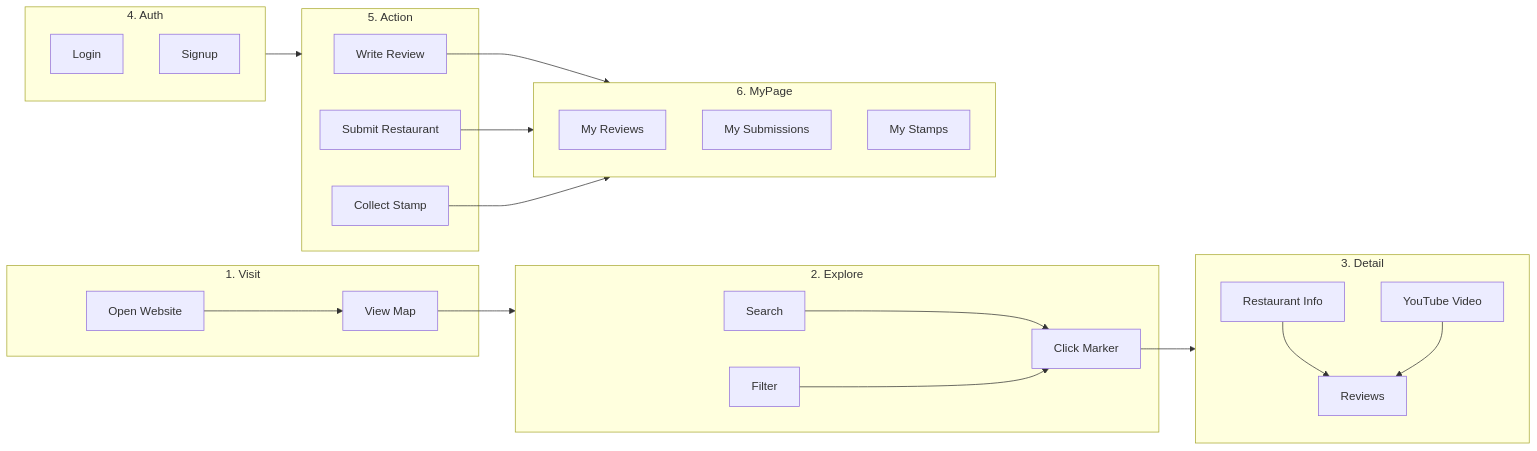
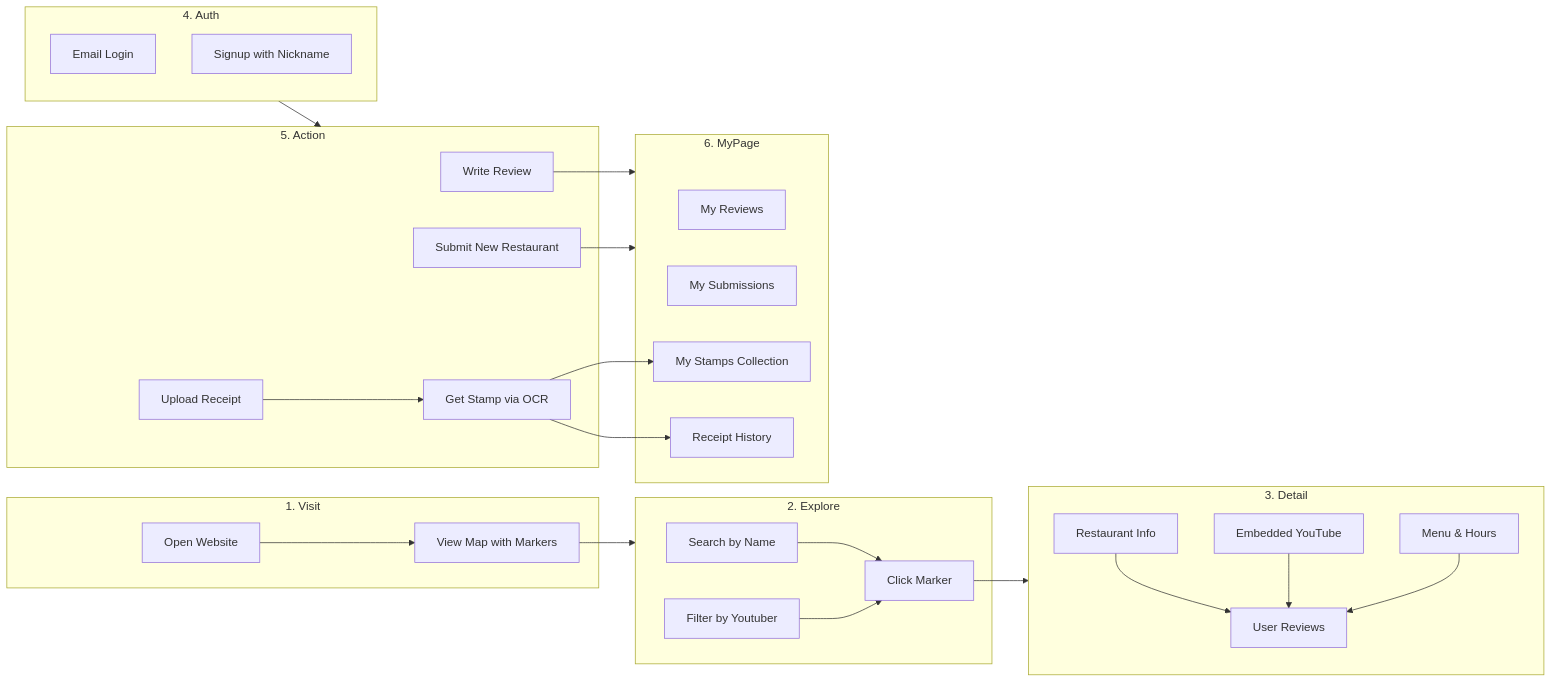
The diagram in .davia/assets/mermaids/user-journey.mmd (twoimo/tzudong), drawn with Mermaid before and after one commit. The commit also changed 13 other files, not shown here.

```diff
--- a/.davia/assets/mermaids/user-journey.mmd
+++ b/.davia/assets/mermaids/user-journey.mmd
@@ -1,43 +1,47 @@
 %%{init: {'theme': 'default'}}%%
 
 flowchart LR
     subgraph VISIT["1. Visit"]
         V1[Open Website]
-        V2[View Map]
+        V2[View Map with Markers]
     end
 
     subgraph EXPLORE["2. Explore"]
-        E1[Search]
-        E2[Filter]
+        E1[Search by Name]
+        E2[Filter by Youtuber]
         E3[Click Marker]
     end
 
     subgraph DETAIL["3. Detail"]
         D1[Restaurant Info]
-        D2[YouTube Video]
-        D3[Reviews]
+        D2[Embedded YouTube]
+        D3[User Reviews]
+        D4[Menu & Hours]
     end
 
     subgraph AUTH["4. Auth"]
-        A1[Login]
-        A2[Signup]
+        A1[Email Login]
+        A2[Signup with Nickname]
     end
 
     subgraph ACTION["5. Action"]
         AC1[Write Review]
-        AC2[Submit Restaurant]
-        AC3[Collect Stamp]
+        AC2[Submit New Restaurant]
+        AC3[Upload Receipt]
+        AC4[Get Stamp via OCR]
     end
 
     subgraph MYPAGE["6. MyPage"]
         M1[My Reviews]
         M2[My Submissions]
-        M3[My Stamps]
+        M3[My Stamps Collection]
+        M4[Receipt History]
     end
 
     V1 --> V2 --> EXPLORE
     E1 & E2 --> E3 --> DETAIL
-    D1 & D2 --> D3
+    D1 & D2 & D4 --> D3
     
     AUTH --> ACTION
-    AC1 & AC2 & AC3 --> MYPAGE
+    AC1 & AC2 --> MYPAGE
+    AC3 --> AC4 --> M3 & M4
```
